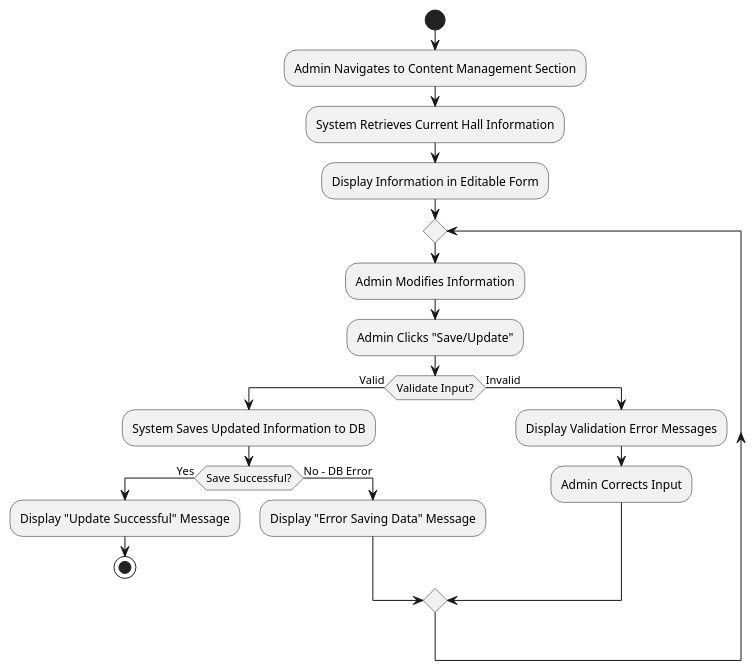
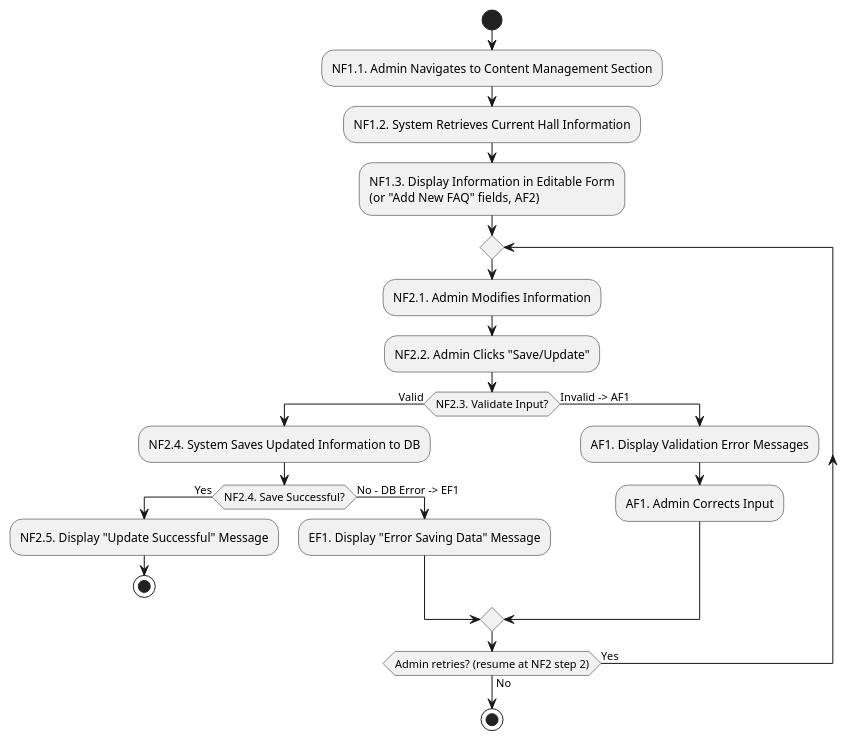
Diagram 13 of 36 in Academic version/appendix: SRS.md (7azmi/Al-Muneer-Portal), drawn with PlantUML before and after one commit. The commit also changed other lines of this file and 10 other files, not shown here.

````diff
--- a/Academic version/appendix: SRS.md
+++ b/Academic version/appendix: SRS.md
@@ -734,24 +786,26 @@
 ```plantuml
 @startuml
 start
-:Admin Navigates to Content Management Section;
-:System Retrieves Current Hall Information;
-:Display Information in Editable Form;
+:NF1.1. Admin Navigates to Content Management Section;
+:NF1.2. System Retrieves Current Hall Information;
+:NF1.3. Display Information in Editable Form
+(or "Add New FAQ" fields, AF2);
 repeat
-  :Admin Modifies Information;
-  :Admin Clicks "Save/Update";
-  if (Validate Input?) then (Valid)
-    :System Saves Updated Information to DB;
-    if (Save Successful?) then (Yes)
-      :Display "Update Successful" Message;
+  :NF2.1. Admin Modifies Information;
+  :NF2.2. Admin Clicks "Save/Update";
+  if (NF2.3. Validate Input?) then (Valid)
+    :NF2.4. System Saves Updated Information to DB;
+    if (NF2.4. Save Successful?) then (Yes)
+      :NF2.5. Display "Update Successful" Message;
       stop
-    else (No - DB Error)
-      :Display "Error Saving Data" Message;
+    else (No - DB Error -> EF1)
+      :EF1. Display "Error Saving Data" Message;
     endif
-  else (Invalid)
-    :Display Validation Error Messages;
-    :Admin Corrects Input;
+  else (Invalid -> AF1)
+    :AF1. Display Validation Error Messages;
+    :AF1. Admin Corrects Input;
   endif
-repeat while
+repeat while (Admin retries? (resume at NF2 step 2)) is (Yes) not (No)
+stop
 @enduml
 ```
````
